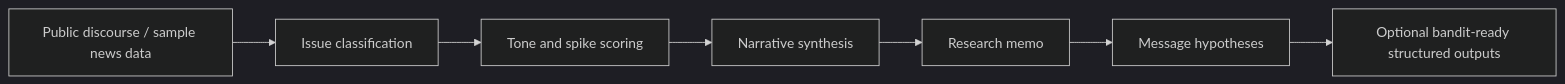
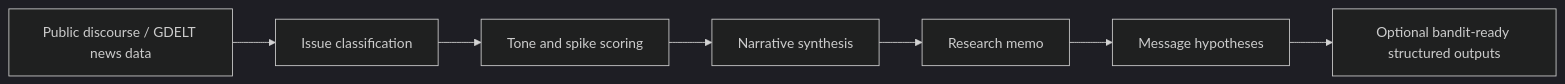
One commit to davidwrauch/social-listening changed the diagram in README.md. Above: the diagram before and after it, drawn with Mermaid (dark theme). The commit also changed other lines of this file and 5 other files, not shown here.

Commit message:
Add real GDELT public news ingestion

````diff
--- a/README.md
+++ b/README.md
@@ -24,9 +26,9 @@
 ```mermaid
 flowchart LR
-    A["Public discourse / sample news data"] --> B["Issue classification"]
+    A["Public discourse / GDELT news data"] --> B["Issue classification"]
     B --> C["Tone and spike scoring"]
     C --> D["Narrative synthesis"]
     D --> E["Research memo"]
     E --> F["Message hypotheses"]
     F --> G["Optional bandit-ready structured outputs"]
 ```
````
